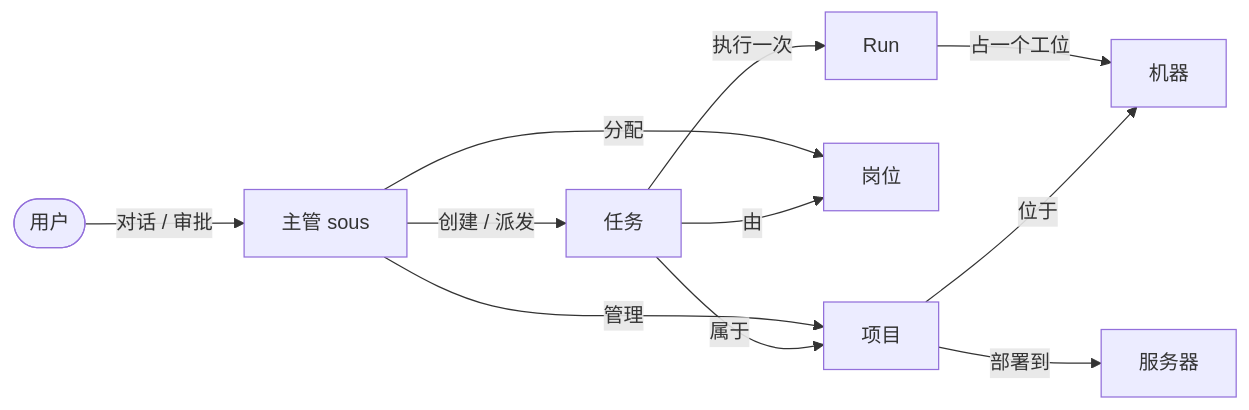
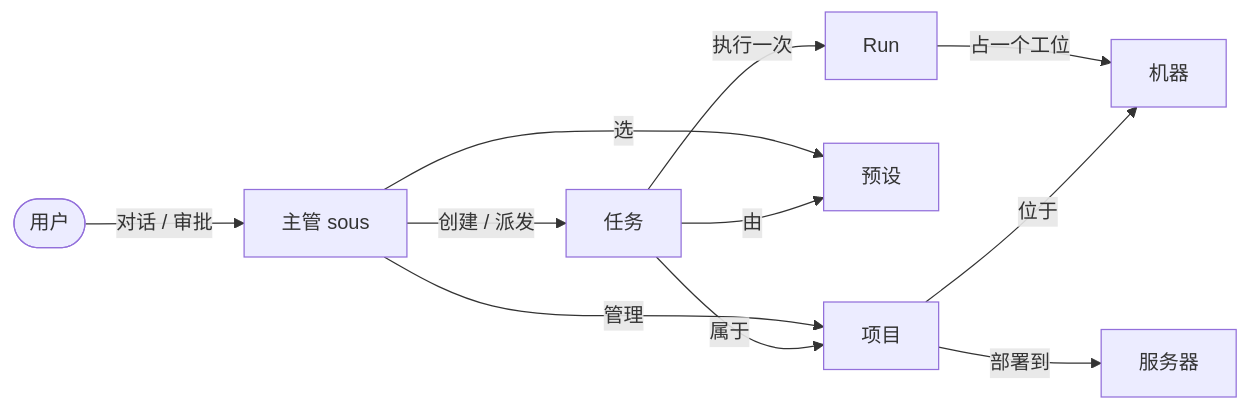
One commit to XiaoXianThis/Sous changed the first of 2 diagrams in docs/architecture/workbench.md. Above: the diagram before and after it, drawn with Mermaid. The commit also changed other lines of this file and 88 other files, not shown here.

````diff
--- a/docs/architecture/workbench.md
+++ b/docs/architecture/workbench.md
@@ -7,13 +7,13 @@
 ```mermaid
 flowchart LR
   you([用户]) -- 对话 / 审批 --> sous[主管 sous]
   sous -- 管理 --> project[项目]
-  sous -- 分配 --> persona[岗位]
+  sous -- 选 --> persona[预设]
   sous -- 创建 / 派发 --> task[任务]
   task -- 属于 --> project
   task -- 由 --> persona
   task -- 执行一次 --> run[Run]
   run -- 占一个工位 --> node[机器]
   project -- 位于 --> node
   project -- 部署到 --> server[服务器]
 ```
````
